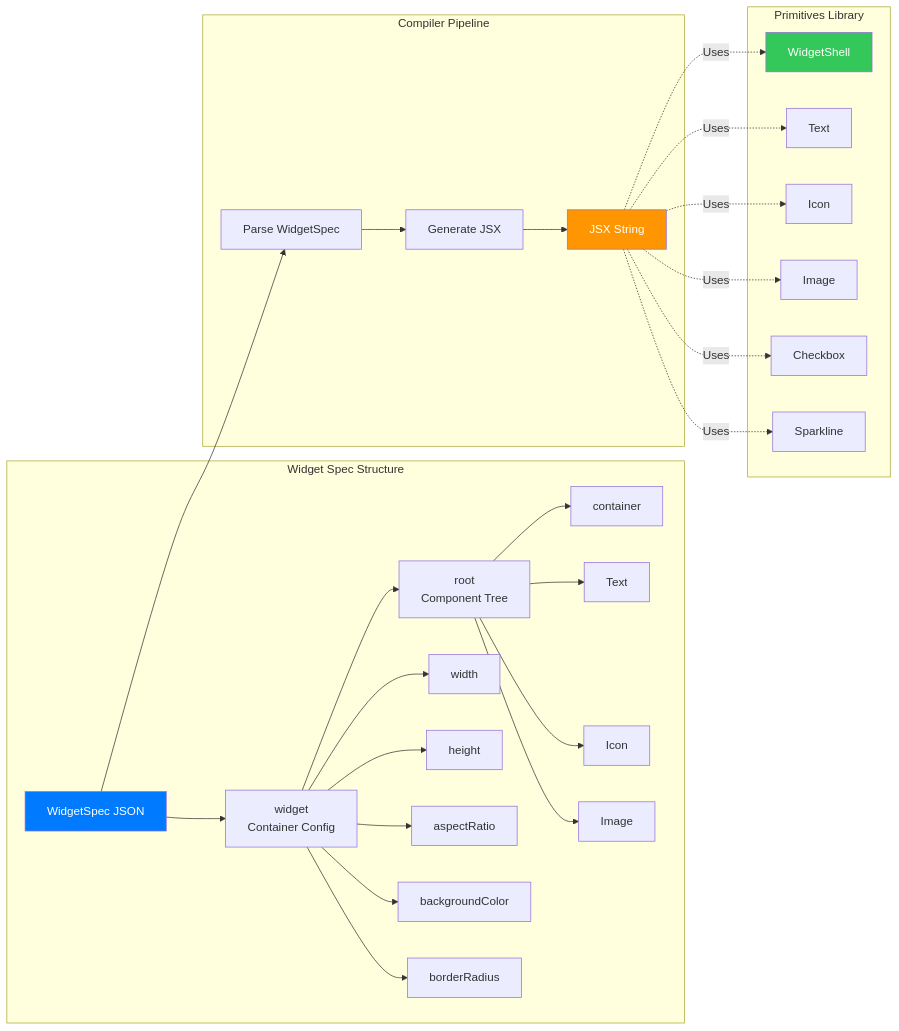
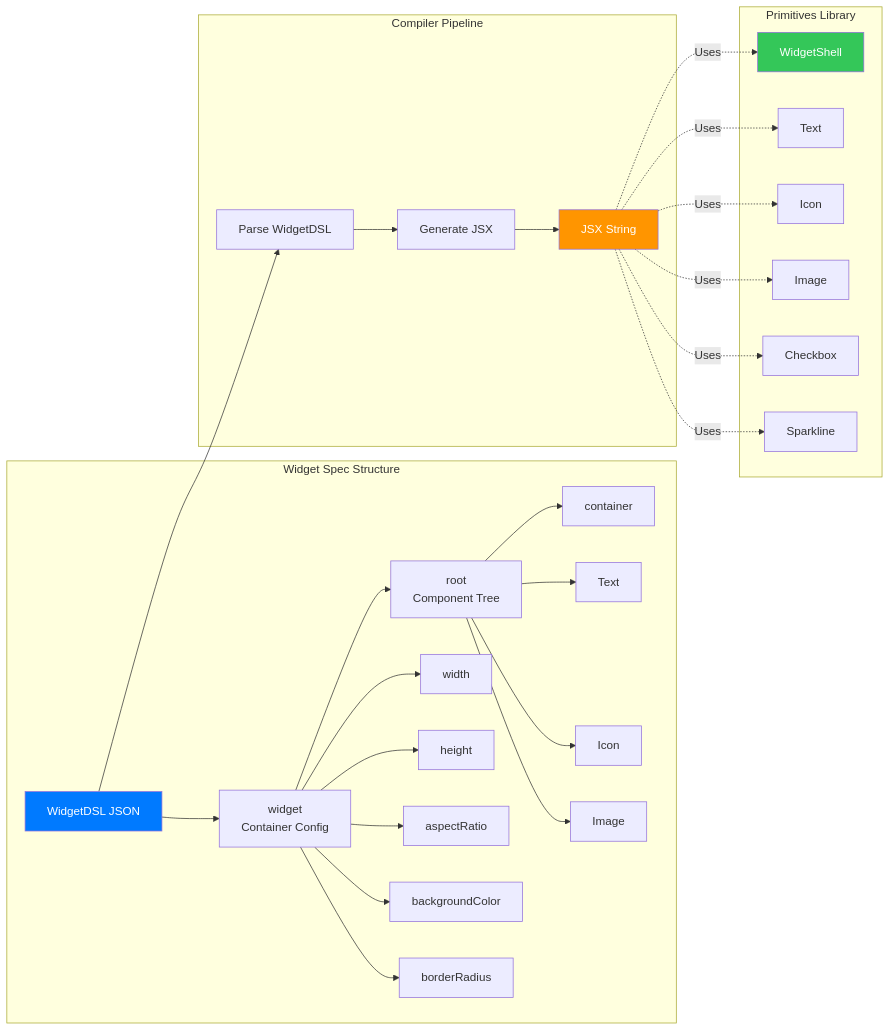
Before and after one commit to Djanghao/widget2code: the third of 4 diagrams in apps/playground/architecture.md, drawn with Mermaid. The commit also changed other lines of this file and 29 other files, not shown here.

Commit message:
refactor: rename WidgetSpec to WidgetDSL across codebase

````diff
--- a/apps/playground/architecture.md
+++ b/apps/playground/architecture.md
@@ -125,52 +125,52 @@
 ```mermaid
 graph LR
     subgraph "Widget Spec Structure"
-        WidgetSpec[WidgetSpec JSON]
+        WidgetDSL[WidgetDSL JSON]
         Widget[widget<br/>Container Config]
         Root[root<br/>Component Tree]
 
-        WidgetSpec --> Widget
+        WidgetDSL --> Widget
         Widget --> Root
 
         Widget --> Width[width]
         Widget --> Height[height]
         Widget --> AspectRatio[aspectRatio]
         Widget --> BG[backgroundColor]
         Widget --> BR[borderRadius]
 
         Root --> Container[container]
         Root --> Text[Text]
         Root --> Icon[Icon]
         Root --> Image[Image]
     end
 
     subgraph "Compiler Pipeline"
-        Parser[Parse WidgetSpec]
+        Parser[Parse WidgetDSL]
         Generator[Generate JSX]
         Output[JSX String]
 
-        WidgetSpec --> Parser
+        WidgetDSL --> Parser
         Parser --> Generator
         Generator --> Output
     end
 
     subgraph "Primitives Library"
         WidgetShell[WidgetShell]
         PrimitiveText[Text]
         PrimitiveIcon[Icon]
         PrimitiveImage[Image]
         Checkbox[Checkbox]
         Sparkline[Sparkline]
 
         Output -.->|Uses| WidgetShell
         Output -.->|Uses| PrimitiveText
         Output -.->|Uses| PrimitiveIcon
         Output -.->|Uses| PrimitiveImage
         Output -.->|Uses| Checkbox
         Output -.->|Uses| Sparkline
     end
 
-    style WidgetSpec fill:#007AFF,color:#fff
+    style WidgetDSL fill:#007AFF,color:#fff
     style Output fill:#FF9500,color:#fff
     style WidgetShell fill:#34C759,color:#fff
 ```
````
